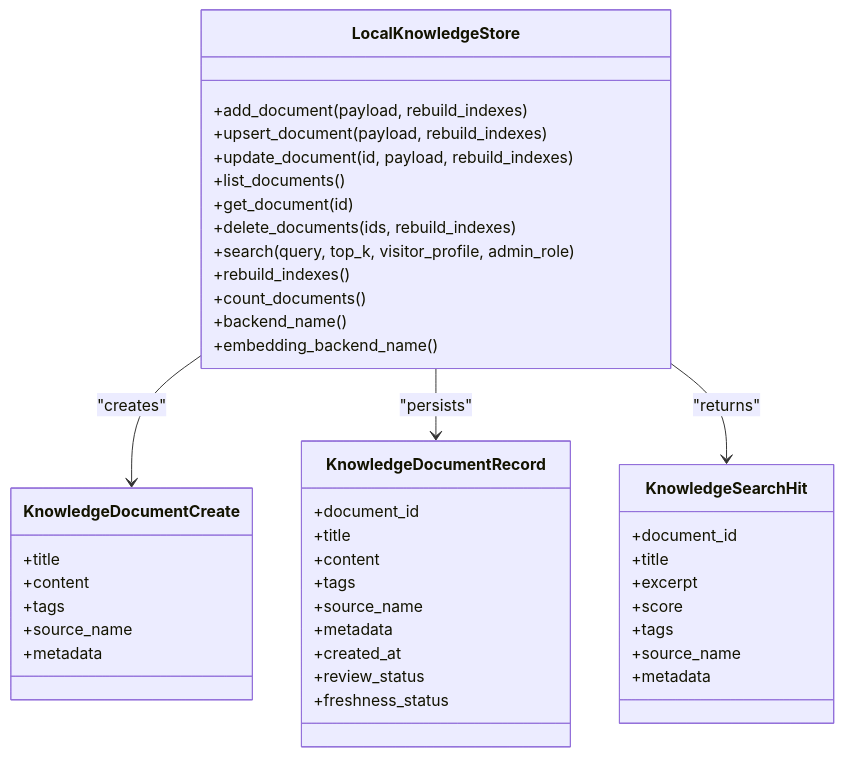
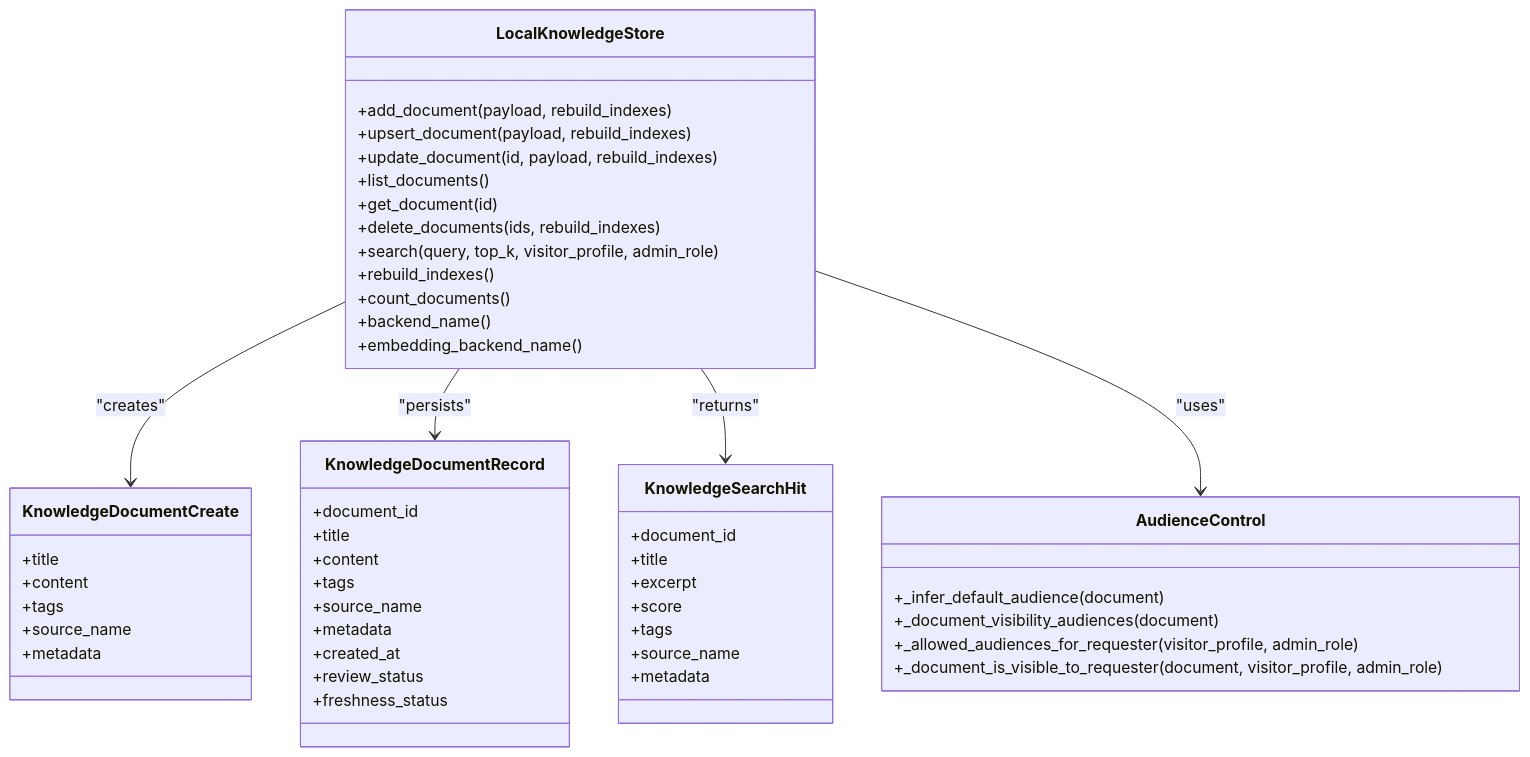
The sixth of 9 diagrams in .qoder/repowiki/en/content/Knowledge Management/Knowledge Management.md (intellistream/sage-mate), drawn with Mermaid before and after one commit. The commit also changed other lines of this file and 121 other files, not shown here.

````diff
--- a/.qoder/repowiki/en/content/Knowledge Management/Knowledge Management.md
+++ b/.qoder/repowiki/en/content/Knowledge Management/Knowledge Management.md
@@ -221,46 +320,53 @@
 ```mermaid
 classDiagram
 class LocalKnowledgeStore {
 +add_document(payload, rebuild_indexes)
 +upsert_document(payload, rebuild_indexes)
 +update_document(id, payload, rebuild_indexes)
 +list_documents()
 +get_document(id)
 +delete_documents(ids, rebuild_indexes)
 +search(query, top_k, visitor_profile, admin_role)
 +rebuild_indexes()
 +count_documents()
 +backend_name()
 +embedding_backend_name()
 }
 class KnowledgeDocumentCreate {
 +title
 +content
 +tags
 +source_name
 +metadata
 }
 class KnowledgeDocumentRecord {
 +document_id
 +title
 +content
 +tags
 +source_name
 +metadata
 +created_at
 +review_status
 +freshness_status
 }
 class KnowledgeSearchHit {
 +document_id
 +title
 +excerpt
 +score
 +tags
 +source_name
 +metadata
 }
+class AudienceControl {
++_infer_default_audience(document)
++_document_visibility_audiences(document)
++_allowed_audiences_for_requester(visitor_profile, admin_role)
++_document_is_visible_to_requester(document, visitor_profile, admin_role)
+}
 LocalKnowledgeStore --> KnowledgeDocumentCreate : "creates"
 LocalKnowledgeStore --> KnowledgeDocumentRecord : "persists"
 LocalKnowledgeStore --> KnowledgeSearchHit : "returns"
+LocalKnowledgeStore --> AudienceControl : "uses"
 ```
````
